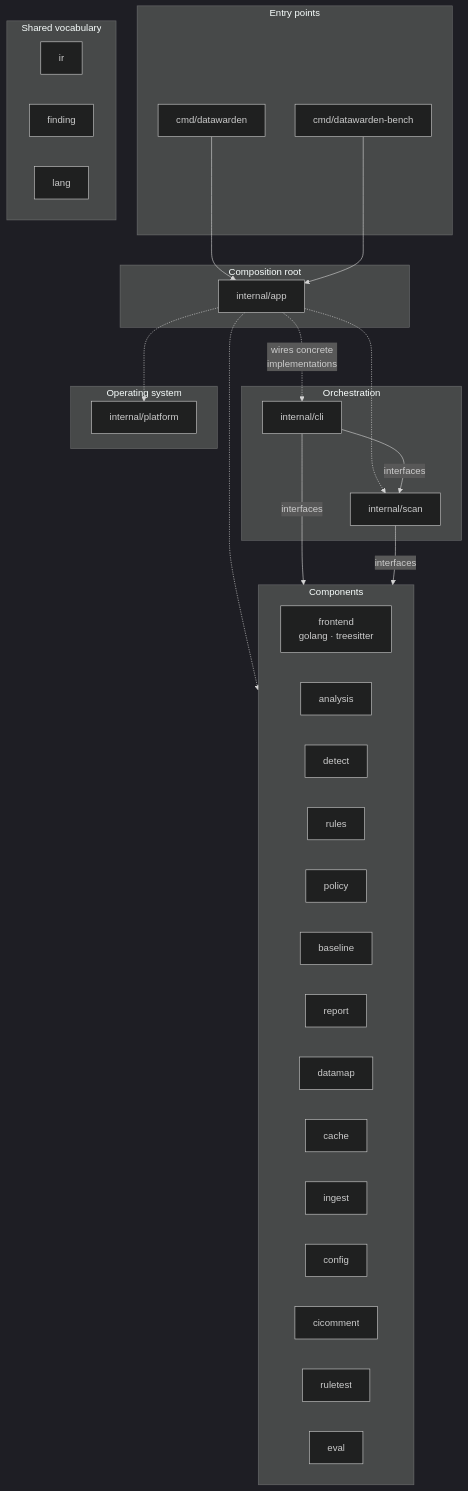
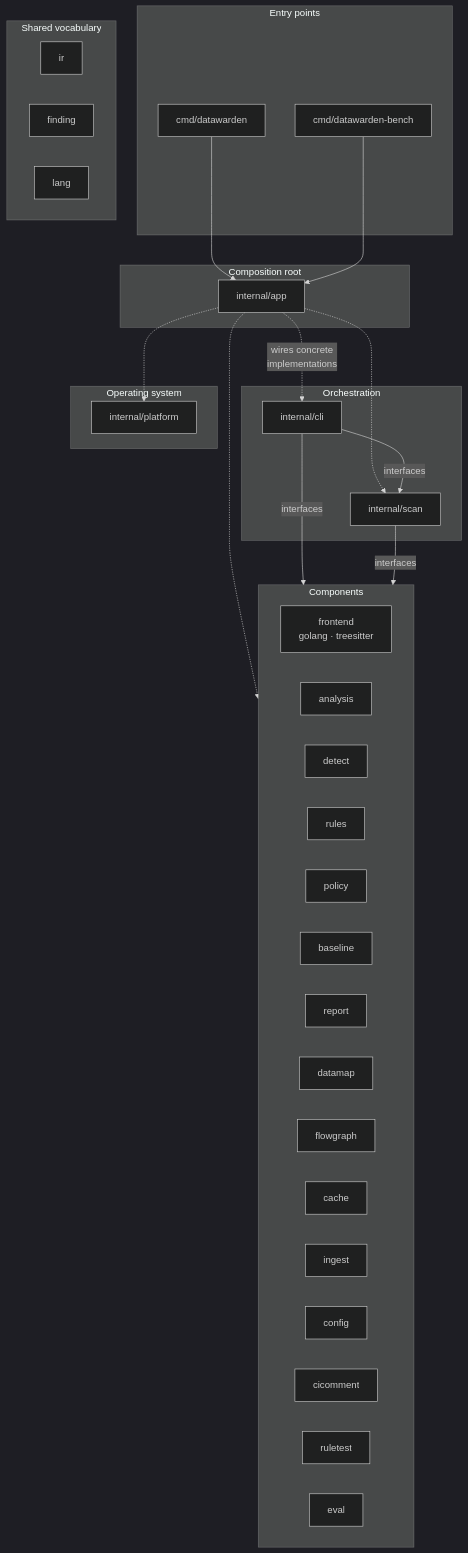
Before and after one commit to GoNetTools/datawarden: the second of 5 diagrams in docs/ARCHITECTURE.md, drawn with Mermaid (dark theme). The commit also changed other lines of this file and 10 other files, not shown here.

First line of the commit message:
Add datawarden graph: draw the call graph of the violations as an image

````diff
--- a/docs/ARCHITECTURE.md
+++ b/docs/ARCHITECTURE.md
@@ -65,48 +65,49 @@
 ```mermaid
 flowchart TB
     subgraph ENTRY ["Entry points"]
         CMDP["cmd/datawarden"]
         BENCH["cmd/datawarden-bench"]
     end
     subgraph ROOT ["Composition root"]
         APP["internal/app"]
     end
     subgraph ORCH ["Orchestration"]
         CLI["internal/cli"]
         SCAN["internal/scan"]
     end
     subgraph COMP ["Components"]
         FRONT["frontend<br/>golang · treesitter"]
         ANALYSIS["analysis"]
         DETECT["detect"]
         RULES["rules"]
         POL["policy"]
         BASEL["baseline"]
         REP["report"]
         DMAP["datamap"]
+        FGRAPH["flowgraph"]
         CACHEP["cache"]
         INGEST["ingest"]
         CONF["config"]
         CICOM["cicomment"]
         RTEST["ruletest"]
         EVAL["eval"]
     end
     subgraph OS ["Operating system"]
         PLAT["internal/platform"]
     end
     subgraph VOCAB ["Shared vocabulary"]
         IR["ir"]
         FIND["finding"]
         LANG["lang"]
     end
 
     CMDP --> APP
     BENCH --> APP
     APP -. "wires concrete<br/>implementations" .-> CLI
     APP -.-> SCAN
     APP -.-> COMP
     APP -.-> PLAT
     CLI -- interfaces --> SCAN
     CLI -- interfaces --> COMP
     SCAN -- interfaces --> COMP
 ```
````
